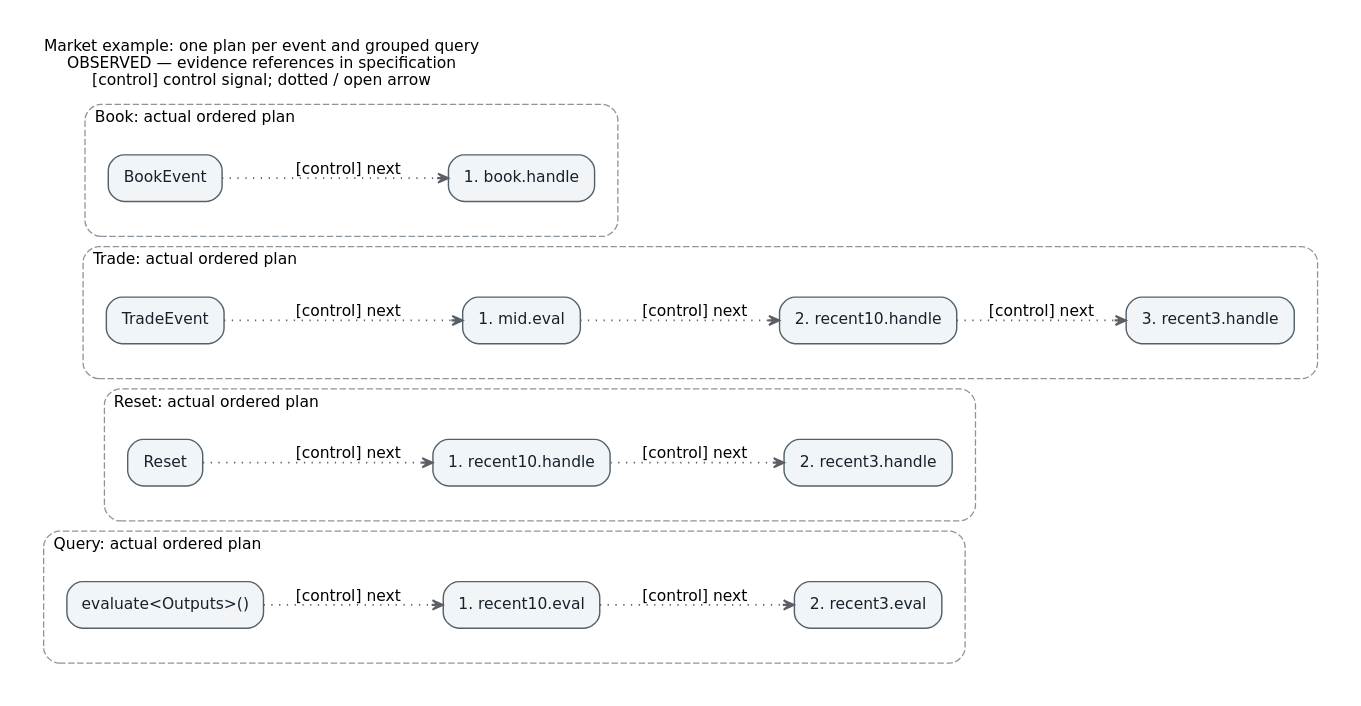
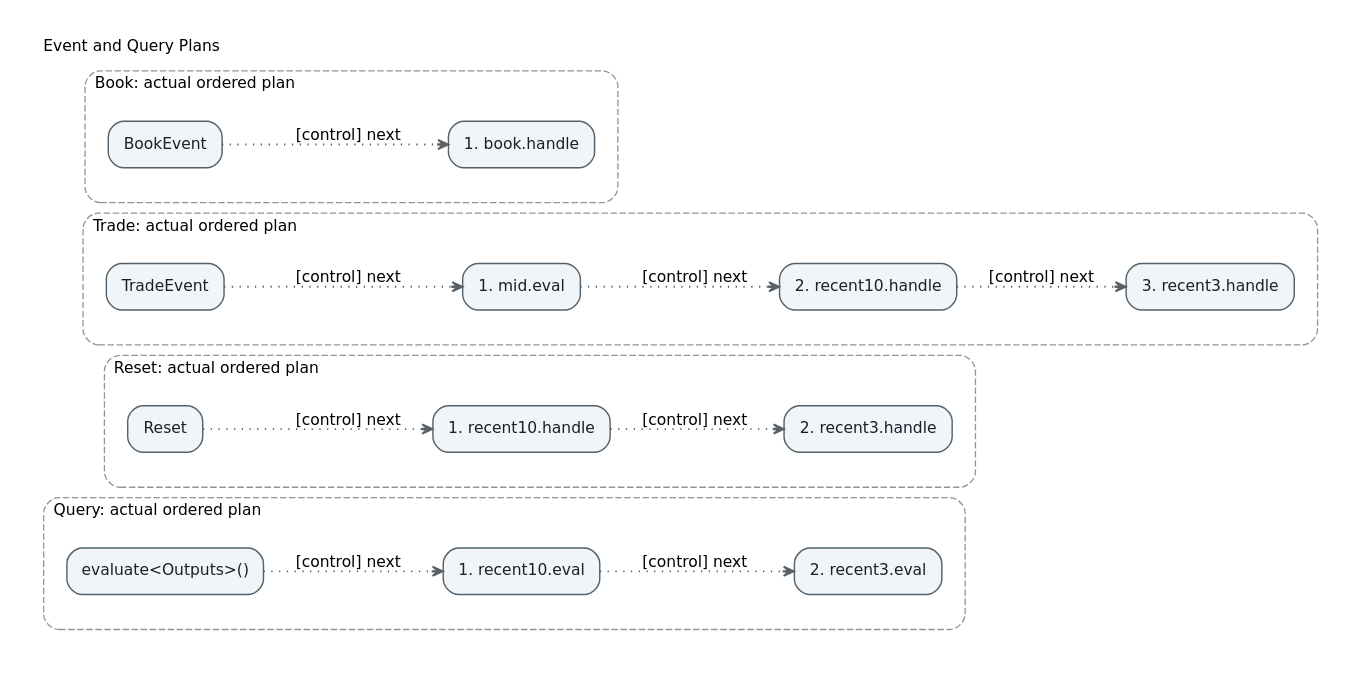
Before and after one commit to Obscurepawn/FlexModelPlanner: the diagram in docs/figures/event-plans/architecture.dot, drawn with Graphviz. The commit also changed 62 other files, not shown here.

```diff
--- a/docs/figures/event-plans/architecture.dot
+++ b/docs/figures/event-plans/architecture.dot
@@ -1,37 +1,37 @@
 digraph architecture {
-  graph [rankdir="LR", bgcolor="white", fontname="DejaVu Sans", fontsize="12", pad="0.25", nodesep="0.45", ranksep="0.7", labelloc="t", labeljust="l", label="Market example: one plan per event and grouped query\nOBSERVED — evidence references in specification\n[control] control signal; dotted / open arrow"];
+  graph [rankdir="LR", bgcolor="white", fontname="DejaVu Sans", fontsize="12", pad="0.25", nodesep="0.45", ranksep="0.7", labelloc="t", labeljust="l", label="Event and Query Plans"];
   node [shape="box", style="rounded,filled", fillcolor="#F2F5F7", color="#52616B", fontcolor="#17212B", fontname="DejaVu Sans", fontsize="12", margin="0.17,0.12", penwidth="1.1"];
   edge [fontname="DejaVu Sans", fontsize="12", penwidth="1.4", arrowsize="0.8"];
   subgraph "cluster_query" {
     graph [label="Query: actual ordered plan", style="rounded,dashed", color="#8B959E", fontname="DejaVu Sans", fontsize="12", margin="18", labeljust="l"];
     "query_request" [label="evaluate<Outputs>()", id="node-query_request"];
     "query_0" [label="1. recent10.eval", id="node-query_0"];
     "query_1" [label="2. recent3.eval", id="node-query_1"];
   }
   subgraph "cluster_reset" {
     graph [label="Reset: actual ordered plan", style="rounded,dashed", color="#8B959E", fontname="DejaVu Sans", fontsize="12", margin="18", labeljust="l"];
     "reset_request" [label="Reset", id="node-reset_request"];
     "reset_0" [label="1. recent10.handle", id="node-reset_0"];
     "reset_1" [label="2. recent3.handle", id="node-reset_1"];
   }
   subgraph "cluster_trade" {
     graph [label="Trade: actual ordered plan", style="rounded,dashed", color="#8B959E", fontname="DejaVu Sans", fontsize="12", margin="18", labeljust="l"];
     "trade_request" [label="TradeEvent", id="node-trade_request"];
     "trade_0" [label="1. mid.eval", id="node-trade_0"];
     "trade_1" [label="2. recent10.handle", id="node-trade_1"];
     "trade_2" [label="3. recent3.handle", id="node-trade_2"];
   }
   subgraph "cluster_book" {
     graph [label="Book: actual ordered plan", style="rounded,dashed", color="#8B959E", fontname="DejaVu Sans", fontsize="12", margin="18", labeljust="l"];
     "book_request" [label="BookEvent", id="node-book_request"];
     "book_0" [label="1. book.handle", id="node-book_0"];
   }
   "query_request" -> "query_0" [style="dotted", color="#5B6066", arrowhead="open", label="[control] next", id="edge-1"];
   "query_0" -> "query_1" [style="dotted", color="#5B6066", arrowhead="open", label="[control] next", id="edge-2"];
   "reset_request" -> "reset_0" [style="dotted", color="#5B6066", arrowhead="open", label="[control] next", id="edge-3"];
   "reset_0" -> "reset_1" [style="dotted", color="#5B6066", arrowhead="open", label="[control] next", id="edge-4"];
   "trade_request" -> "trade_0" [style="dotted", color="#5B6066", arrowhead="open", label="[control] next", id="edge-5"];
   "trade_0" -> "trade_1" [style="dotted", color="#5B6066", arrowhead="open", label="[control] next", id="edge-6"];
   "trade_1" -> "trade_2" [style="dotted", color="#5B6066", arrowhead="open", label="[control] next", id="edge-7"];
   "book_request" -> "book_0" [style="dotted", color="#5B6066", arrowhead="open", label="[control] next", id="edge-8"];
 }
```
